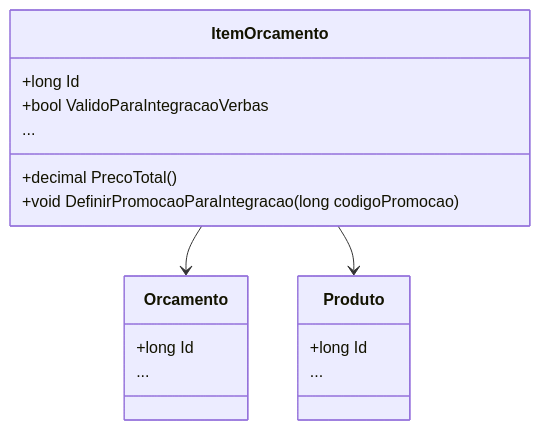
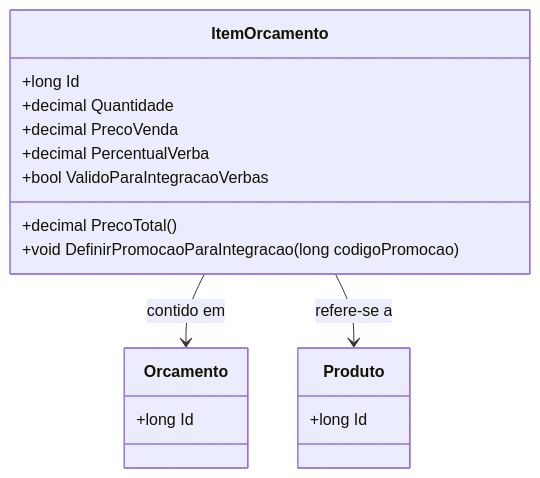
One commit to IsthmusSistemas/documentacao-tecnica changed the second of 2 diagrams in docs/b2b-dominio/IsthmusWinthor.Nucleo/IsthmusWinthor.Dominio/Entidades/ItemOrcamento.md. Above: the diagram before and after it, drawn with Mermaid. The commit also changed other lines of this file and 882 other files, not shown here.

````diff
--- a/docs/b2b-dominio/IsthmusWinthor.Nucleo/IsthmusWinthor.Dominio/Entidades/ItemOrcamento.md
+++ b/docs/b2b-dominio/IsthmusWinthor.Nucleo/IsthmusWinthor.Dominio/Entidades/ItemOrcamento.md
@@ -73,20 +53,23 @@
 ```mermaid
 classDiagram
     class ItemOrcamento {
         +long Id
+        +decimal Quantidade
+        +decimal PrecoVenda
+        +decimal PercentualVerba
+        +bool ValidoParaIntegracaoVerbas
         +decimal PrecoTotal()
         +void DefinirPromocaoParaIntegracao(long codigoPromocao)
-        +bool ValidoParaIntegracaoVerbas
-        ...
     }
+
     class Orcamento {
         +long Id
-        ...
     }
+
     class Produto {
         +long Id
-        ...
     }
-    ItemOrcamento --> Orcamento
-    ItemOrcamento --> Produto
+
+    ItemOrcamento --> Orcamento : contido em
+    ItemOrcamento --> Produto : refere-se a
 ```
````
